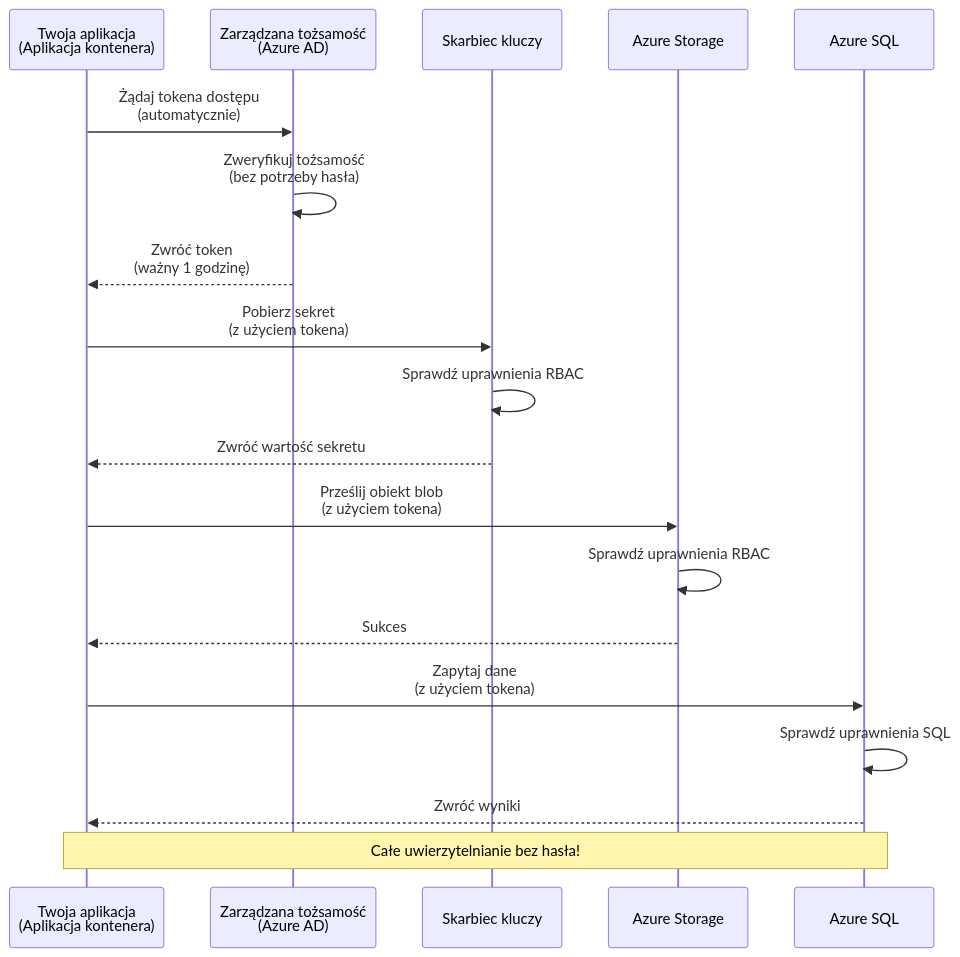
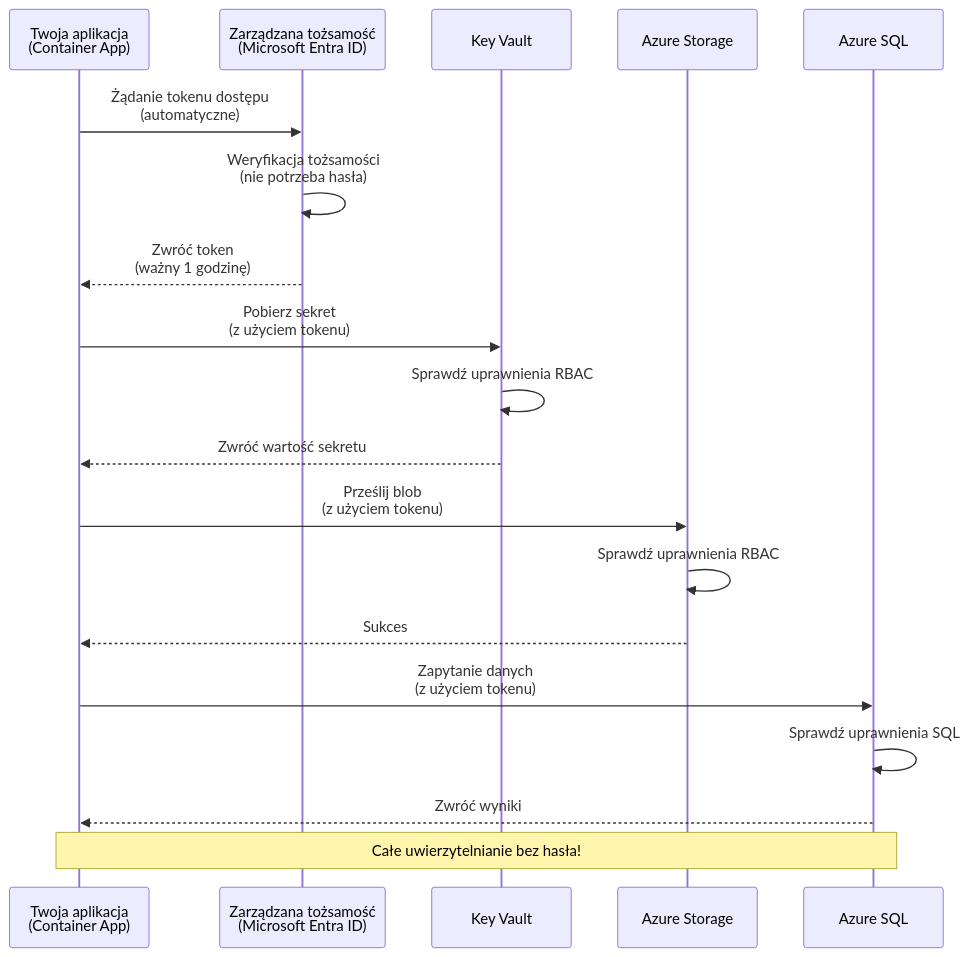
Before and after one commit to microsoft/AZD-for-beginners: the first of 2 diagrams in translations/pl/docs/chapter-03-configuration/authsecurity.md, drawn with Mermaid. The commit also changed other lines of this file and 104 other files, not shown here.

````diff
--- a/translations/pl/docs/chapter-03-configuration/authsecurity.md
+++ b/translations/pl/docs/chapter-03-configuration/authsecurity.md
@@ -69,26 +69,26 @@
 ```mermaid
 sequenceDiagram
-    participant App as Twoja aplikacja<br/>(Aplikacja kontenera)
-    participant MI as Zarządzana tożsamość<br/>(Azure AD)
-    participant KV as Skarbiec kluczy
+    participant App as Twoja aplikacja<br/>(Container App)
+    participant MI as Zarządzana tożsamość<br/>(Microsoft Entra ID)
+    participant KV as Key Vault
     participant Storage as Azure Storage
     participant DB as Azure SQL
     
-    App->>MI: Żądaj tokena dostępu<br/>(automatycznie)
-    MI->>MI: Zweryfikuj tożsamość<br/>(bez potrzeby hasła)
+    App->>MI: Żądanie tokenu dostępu<br/>(automatyczne)
+    MI->>MI: Weryfikacja tożsamości<br/>(nie potrzeba hasła)
     MI-->>App: Zwróć token<br/>(ważny 1 godzinę)
     
-    App->>KV: Pobierz sekret<br/>(z użyciem tokena)
+    App->>KV: Pobierz sekret<br/>(z użyciem tokenu)
     KV->>KV: Sprawdź uprawnienia RBAC
     KV-->>App: Zwróć wartość sekretu
     
-    App->>Storage: Prześlij obiekt blob<br/>(z użyciem tokena)
+    App->>Storage: Prześlij blob<br/>(z użyciem tokenu)
     Storage->>Storage: Sprawdź uprawnienia RBAC
     Storage-->>App: Sukces
     
-    App->>DB: Zapytaj dane<br/>(z użyciem tokena)
+    App->>DB: Zapytanie danych<br/>(z użyciem tokenu)
     DB->>DB: Sprawdź uprawnienia SQL
     DB-->>App: Zwróć wyniki
     
     Note over App,DB: Całe uwierzytelnianie bez hasła!
 ```
````
